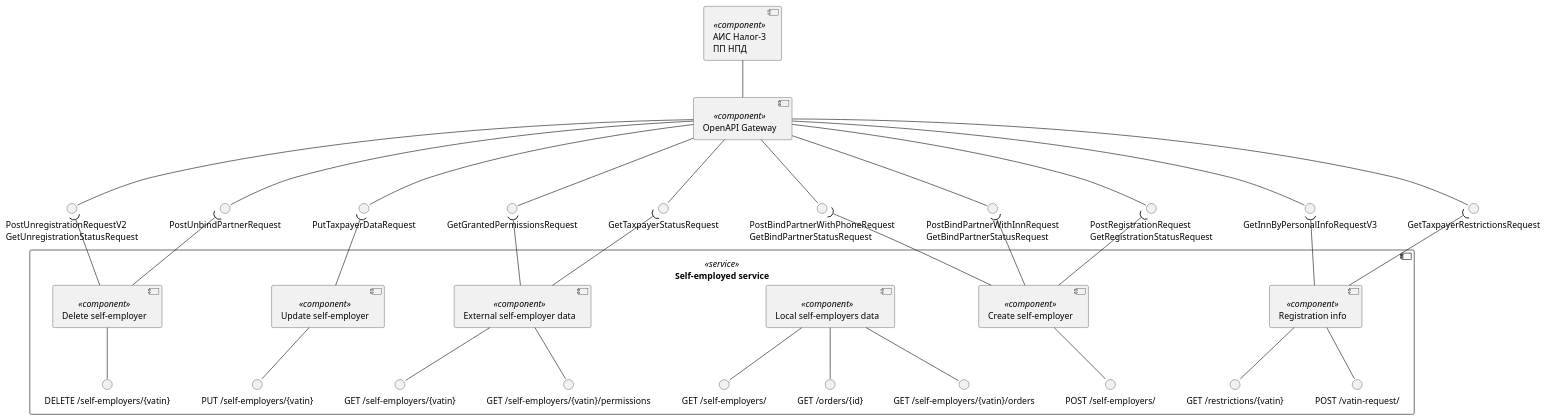
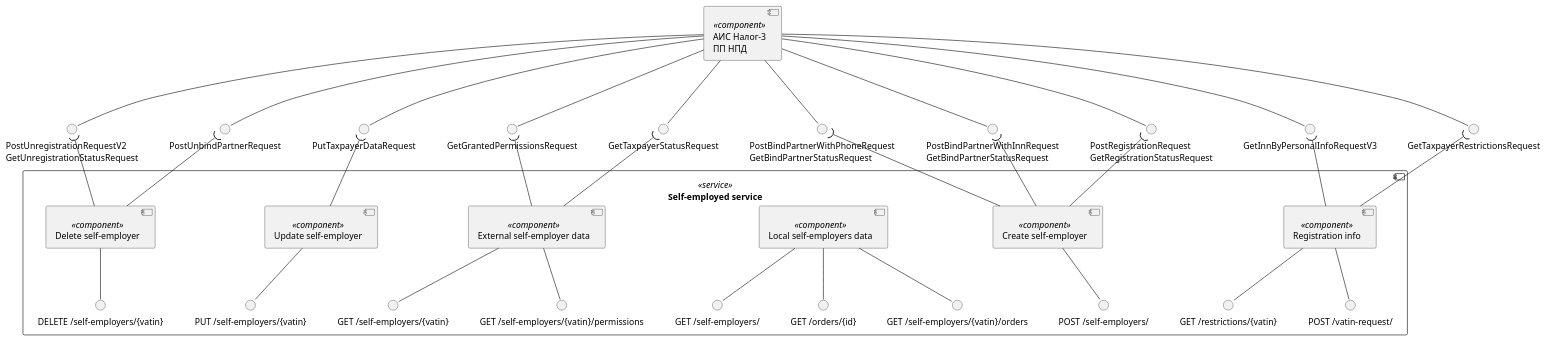
Before and after one commit to RaikBitters/ibank-internal-services: the second of 7 diagrams in diagrams/self-employed-service/components.puml, drawn with PlantUML. The commit also changed other lines of this file and 6 other files, not shown here.

Commit message:
Updated diagrams

```diff
--- a/diagrams/self-employed-service/components.puml
+++ b/diagrams/self-employed-service/components.puml
@@ -16,83 +16,81 @@
 @startuml self-employer-components
 
 component "АИС Налог-3\nПП НПД" as Tax3 <<component>>
-component "OpenAPI Gateway" as OpenAPI <<component>>
 interface "GetTaxpayerRestrictionsRequest" as getTaxpayerRestrictions
 interface "PostRegistrationRequest\nGetRegistrationStatusRequest" as postTaxpayerRegistration
 interface "GetTaxpayerStatusRequest" as getTaxpayerStatus
 interface "PutTaxpayerDataRequest" as putTaxpayerData
 interface "GetGrantedPermissionsRequest" as getGrantedPermission
 interface "GetInnByPersonalInfoRequestV3" as getInnByPersonalInfo
 interface "PostBindPartnerWithInnRequest\nGetBindPartnerStatusRequest" as postPartnerBindInn
 interface "PostBindPartnerWithPhoneRequest\nGetBindPartnerStatusRequest" as postPartnerBindPhone
 interface "PostUnbindPartnerRequest" as postPartnerUnbind
 interface "PostUnregistrationRequestV2\nGetUnregistrationStatusRequest" as postTaxpayerUnregistration
 
-Tax3 -- OpenAPI
-OpenAPI --() getTaxpayerRestrictions
-OpenAPI --() postTaxpayerRegistration
-OpenAPI --() getTaxpayerStatus
-OpenAPI --() putTaxpayerData
-OpenAPI --() postPartnerBindInn
-OpenAPI --() postPartnerBindPhone
-OpenAPI --() postTaxpayerUnregistration
-OpenAPI --() postPartnerUnbind
-OpenAPI --() getGrantedPermission
-OpenAPI --() getInnByPersonalInfo
+Tax3 --() getTaxpayerRestrictions
+Tax3 --() postTaxpayerRegistration
+Tax3 --() getTaxpayerStatus
+Tax3 --() putTaxpayerData
+Tax3 --() postPartnerBindInn
+Tax3 --() postPartnerBindPhone
+Tax3 --() postTaxpayerUnregistration
+Tax3 --() postPartnerUnbind
+Tax3 --() getGrantedPermission
+Tax3 --() getInnByPersonalInfo
 
 component "Self-employed service" as SelfEmplService <<service>> {
 
 component "Registration info" as RegInfo <<component>>
 interface "GET /restrictions/{vatin}" as getRestrictions
 interface "POST /vatin-request/" as postVatinRequest
 
 RegInfo -up-( getTaxpayerRestrictions
 RegInfo -up-( getInnByPersonalInfo
 
 RegInfo --() getRestrictions
 RegInfo --() postVatinRequest
 
 component "Create self-employer" as CreateSelfEmpl <<component>>
 interface "POST /self-employers/" as postSelfEmpls
 
 CreateSelfEmpl --() postSelfEmpls
 
 CreateSelfEmpl -up-( postTaxpayerRegistration
 CreateSelfEmpl -up-( postPartnerBindInn
 CreateSelfEmpl -up-( postPartnerBindPhone
 
 component "Local self-employers data" as Local <<component>>
 interface "GET /self-employers/" as getSelfEmpls
 interface "GET /self-employers/{vatin}" as getSelfEmplsId
 interface "GET /orders/{id}" as getOrdersId
 interface "GET /self-employers/{vatin}/orders" as getSelfEmplsIdOrders
 interface "GET /self-employers/{vatin}/permissions" as getSelfEmplsIdPermission
 
 Local --() getSelfEmpls
 Local --() getOrdersId
 Local --() getSelfEmplsIdOrders
 
 
 component "External self-employer data" as External <<component>>
 External --() getSelfEmplsId
 External --() getSelfEmplsIdPermission
 
 External -up-( getTaxpayerStatus
 External -up-( getGrantedPermission
 
 Component "Update self-employer" as Update <<component>>
 interface "PUT /self-employers/{vatin}" as putSelfEmplsId
 Update --() putSelfEmplsId
 Update -up-( putTaxpayerData
 
 
 Component "Delete self-employer" as Delete <<component>>
 interface "DELETE /self-employers/{vatin}" as delSelfEmplsId
 
 Delete --() delSelfEmplsId
 Delete -up-( postPartnerUnbind
 Delete -up-( postTaxpayerUnregistration
 
 }
 
 @enduml
```
